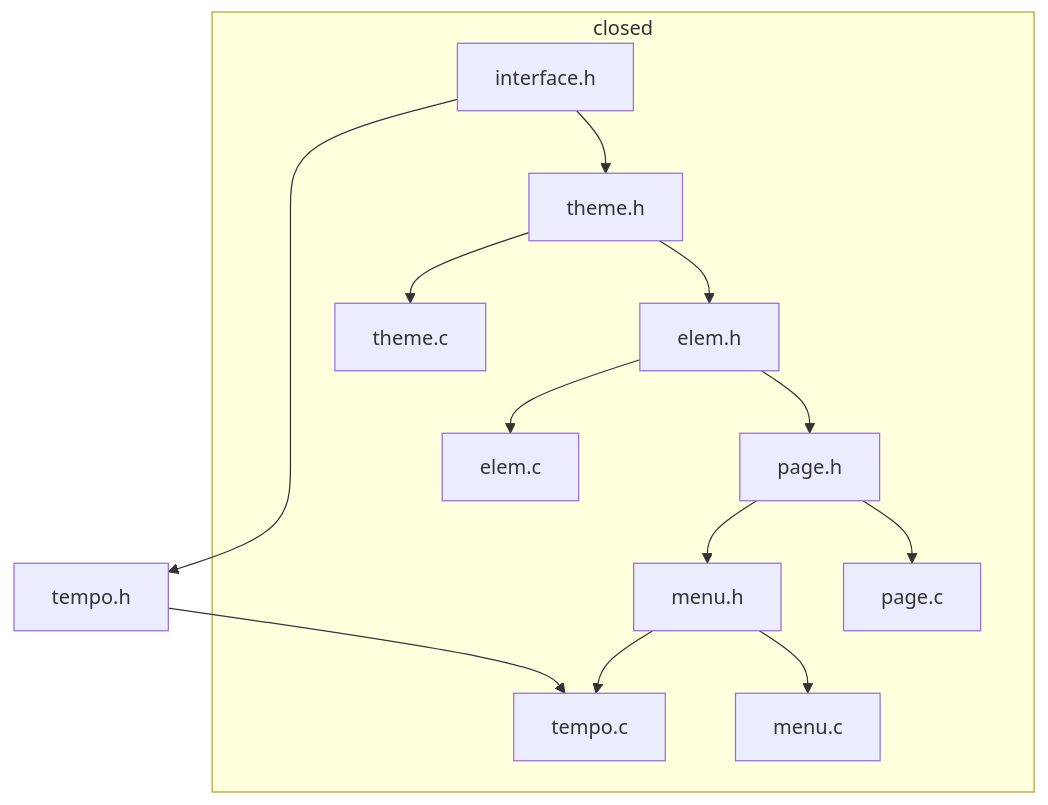
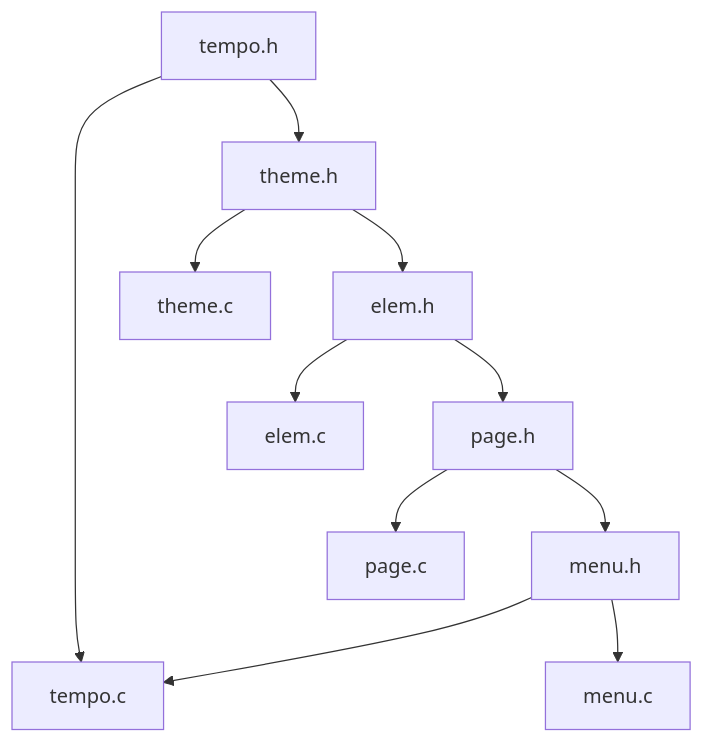
One commit to ShilianShen/Jasmin changed the diagram in src/outer/tempo/README.md. Above: the diagram before and after it, drawn with Mermaid. The commit also changed 11 other files, not shown here.

````diff
--- a/src/outer/tempo/README.md
+++ b/src/outer/tempo/README.md
@@ -2,11 +2,9 @@
 ```mermaid
 flowchart
-    subgraph closed
-        interface.h --> theme.h --> elem.h --> page.h --> menu.h --> tempo.c
-        theme.h --> theme.c
-        elem.h --> elem.c
-        page.h --> page.c
-        menu.h --> menu.c
-    end
-    interface.h --> tempo.h --> tempo.c
+    tempo.h --> theme.h --> elem.h --> page.h --> menu.h --> tempo.c
+    theme.h --> theme.c
+    elem.h --> elem.c
+    page.h --> page.c
+    menu.h --> menu.c
+    tempo.h --> tempo.c
 ```
````
